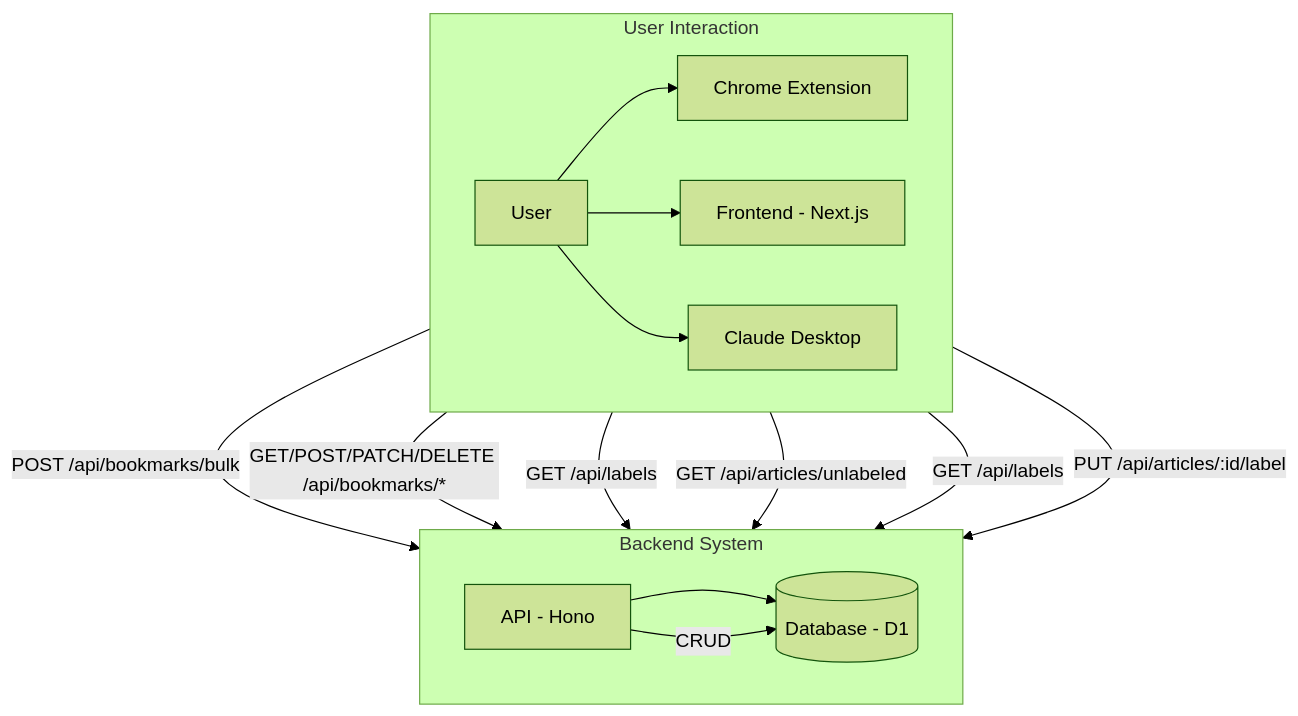
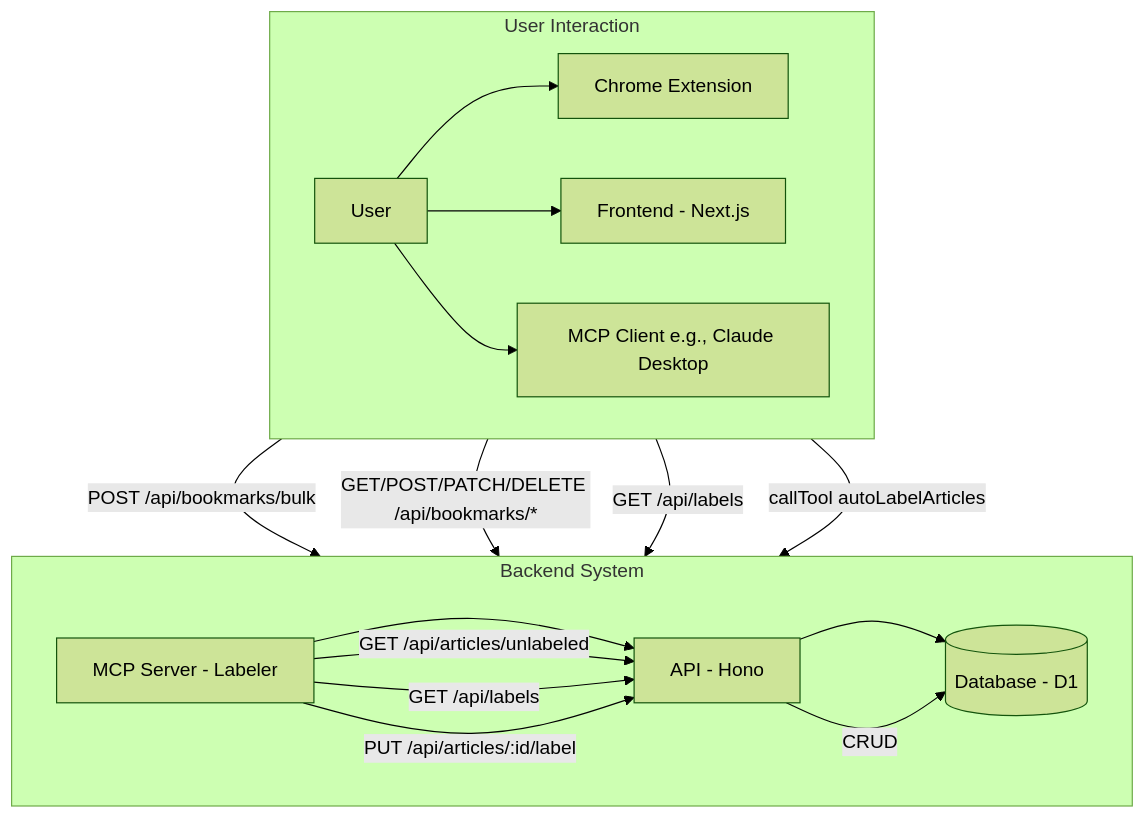
The first of 4 diagrams in .clinerules/memory-bank/systemPatterns.md (ryosuke-horie/yomimono), drawn with Mermaid (forest theme) before and after one commit. The commit also changed other lines of this file and 15 other files, not shown here.

````diff
--- a/.clinerules/memory-bank/systemPatterns.md
+++ b/.clinerules/memory-bank/systemPatterns.md
@@ -5,22 +5,24 @@
 ```mermaid
 graph TD
     subgraph User Interaction
         direction LR
         User --> Chrome[Chrome Extension]
         User --> Frontend[Frontend - Next.js]
-        User --> Claude[Claude Desktop]
+        User --> MCPClient[MCP Client e.g., Claude Desktop]
     end
 
     subgraph Backend System
         direction LR
-        API[API - Hono] --> DB[(Database - D1)]
+        MCPServer[MCP Server - Labeler] --> API[API - Hono]
+        API --> DB[(Database - D1)]
     end
 
     Chrome -->|POST /api/bookmarks/bulk| API
     Frontend -->|GET/POST/PATCH/DELETE /api/bookmarks/*| API
     Frontend -->|GET /api/labels| API
-    Claude -->|GET /api/articles/unlabeled| API
-    Claude -->|GET /api/labels| API
-    Claude -->|PUT /api/articles/:id/label| API
+    MCPClient -->|callTool autoLabelArticles| MCPServer
+    MCPServer -->|GET /api/articles/unlabeled| API
+    MCPServer -->|GET /api/labels| API
+    MCPServer -->|PUT /api/articles/:id/label| API
     API -->|CRUD| DB
 ```
````
